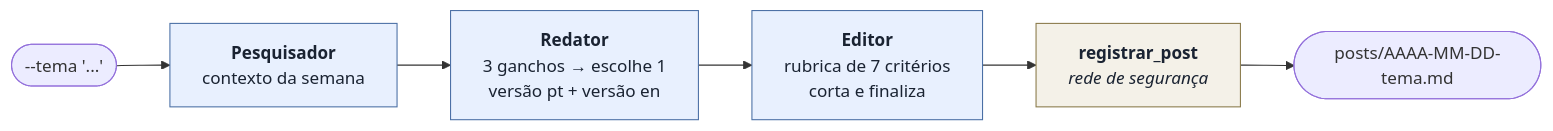
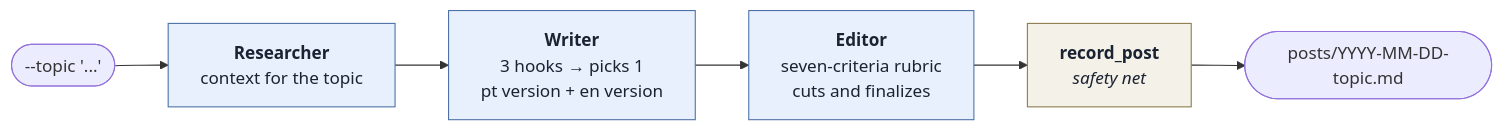
Before and after one commit to gabrantoniette/linkedin-growth-agents: the fourth of 4 diagrams in docs/roadmap.md, drawn with Mermaid. The commit also changed other lines of this file and 48 other files, not shown here.

````diff
--- a/docs/roadmap.md
+++ b/docs/roadmap.md
@@ -325,13 +320,13 @@
 ```mermaid
 flowchart LR
-    IN(["--tema '...'"]) --> P["<b>Pesquisador</b><br/>contexto da semana"]
-    P --> R["<b>Redator</b><br/>3 ganchos → escolhe 1<br/>versão pt + versão en"]
-    R --> E["<b>Editor</b><br/>rubrica de 7 critérios<br/>corta e finaliza"]
-    E --> REG["<b>registrar_post</b><br/><i>rede de segurança</i>"]
-    REG --> OUT(["posts/AAAA-MM-DD-tema.md"])
+    IN(["--topic '...'"]) --> P["<b>Researcher</b><br/>context for the topic"]
+    P --> W["<b>Writer</b><br/>3 hooks → picks 1<br/>pt version + en version"]
+    W --> E["<b>Editor</b><br/>seven-criteria rubric<br/>cuts and finalizes"]
+    E --> REG["<b>record_post</b><br/><i>safety net</i>"]
+    REG --> OUT(["posts/YYYY-MM-DD-topic.md"])
 
     classDef ag fill:#e8f0fe,stroke:#4a6fa5,color:#1a2332
     classDef code fill:#f4f1e8,stroke:#8a7a4a,color:#1a2332
-    class P,R,E ag
+    class P,W,E ag
     class REG code
 ```
````
